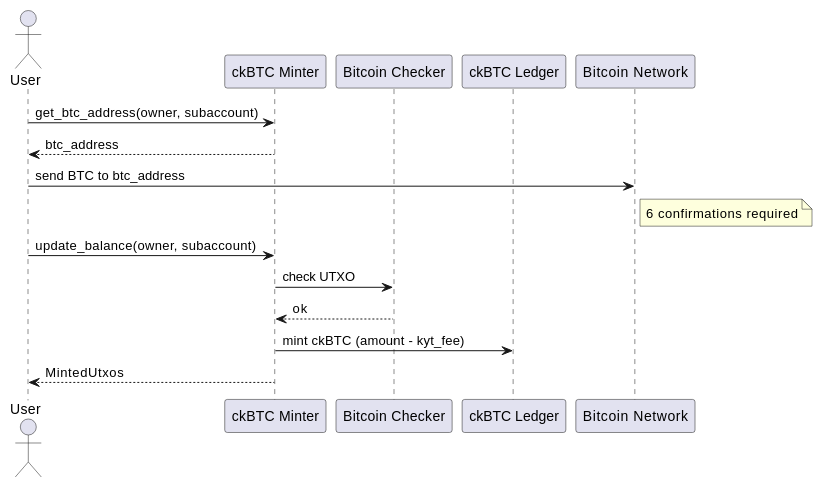
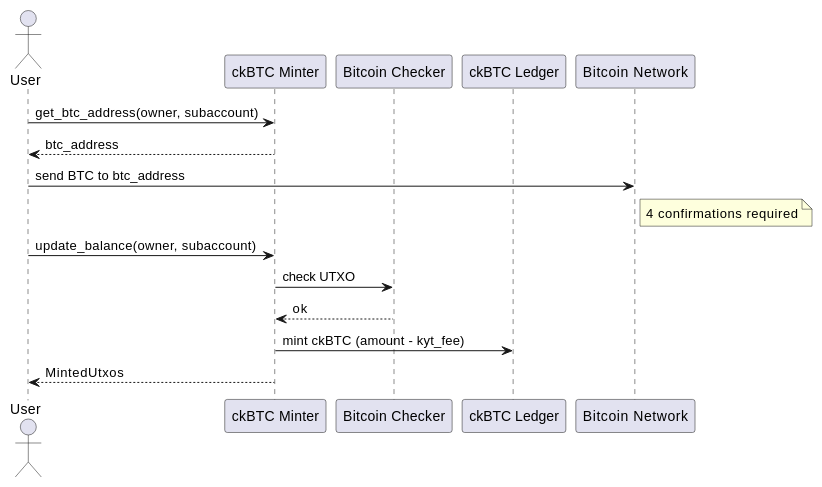
The first of 2 diagrams in docs/guides/chain-fusion/bitcoin.mdx (dfinity/developer-docs), drawn with PlantUML before and after one commit. The commit also changed other lines of this file and 1 other file, not shown here.

Commit message:
fix(ckbtc): update minimum confirmations from 6 to 4

````diff
--- a/docs/guides/chain-fusion/bitcoin.mdx
+++ b/docs/guides/chain-fusion/bitcoin.mdx
@@ -34,17 +34,17 @@
 ```plantuml
 actor User
 participant "ckBTC Minter" as Minter
 participant "Bitcoin Checker" as KYT
 participant "ckBTC Ledger" as Ledger
 participant "Bitcoin Network" as BTC
 
 User -> Minter: get_btc_address(owner, subaccount)
 Minter --> User: btc_address
 User -> BTC: send BTC to btc_address
-note right of BTC: 6 confirmations required
+note right of BTC: 4 confirmations required
 User -> Minter: update_balance(owner, subaccount)
 Minter -> KYT: check UTXO
 KYT --> Minter: ok
 Minter -> Ledger: mint ckBTC (amount - kyt_fee)
 Minter --> User: MintedUtxos
 ```
````
